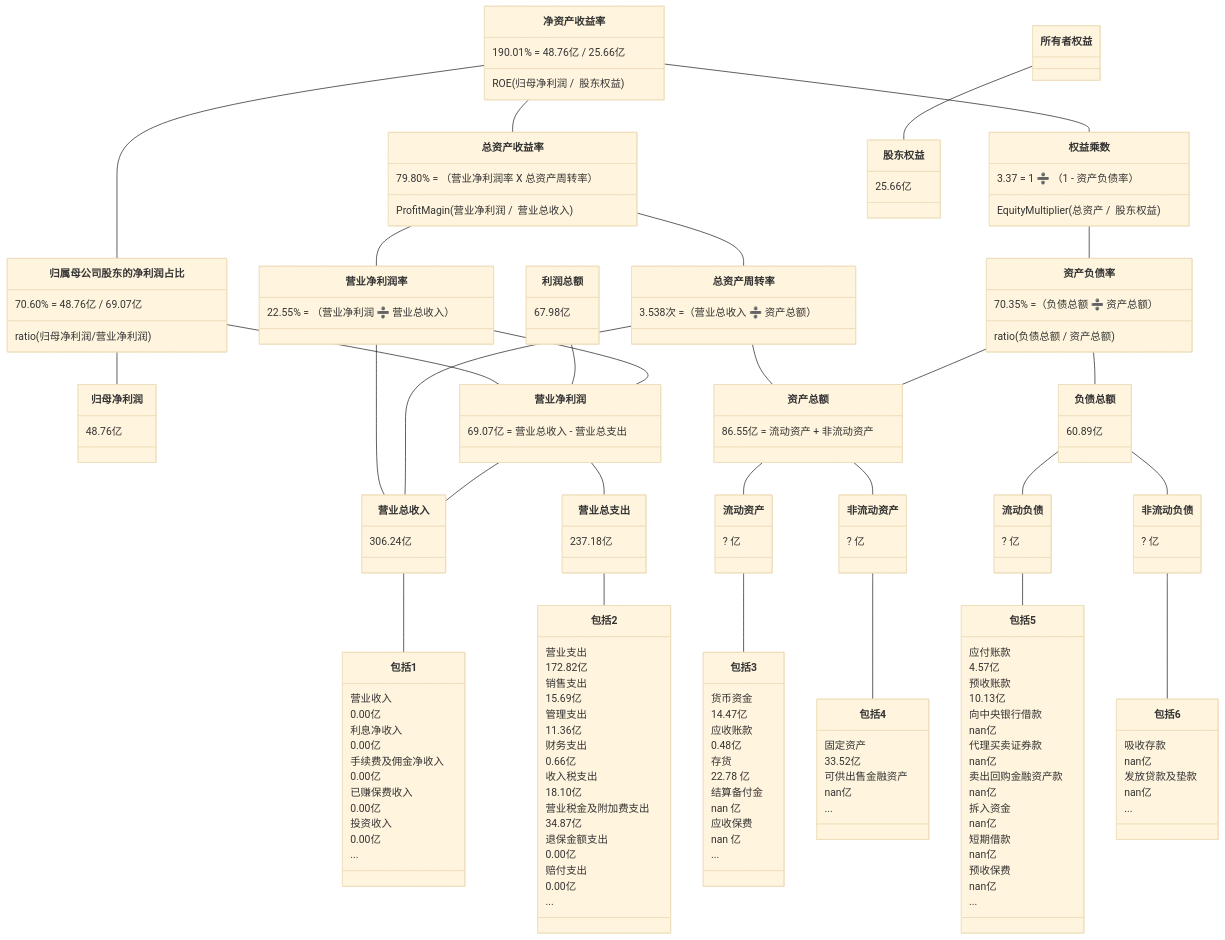
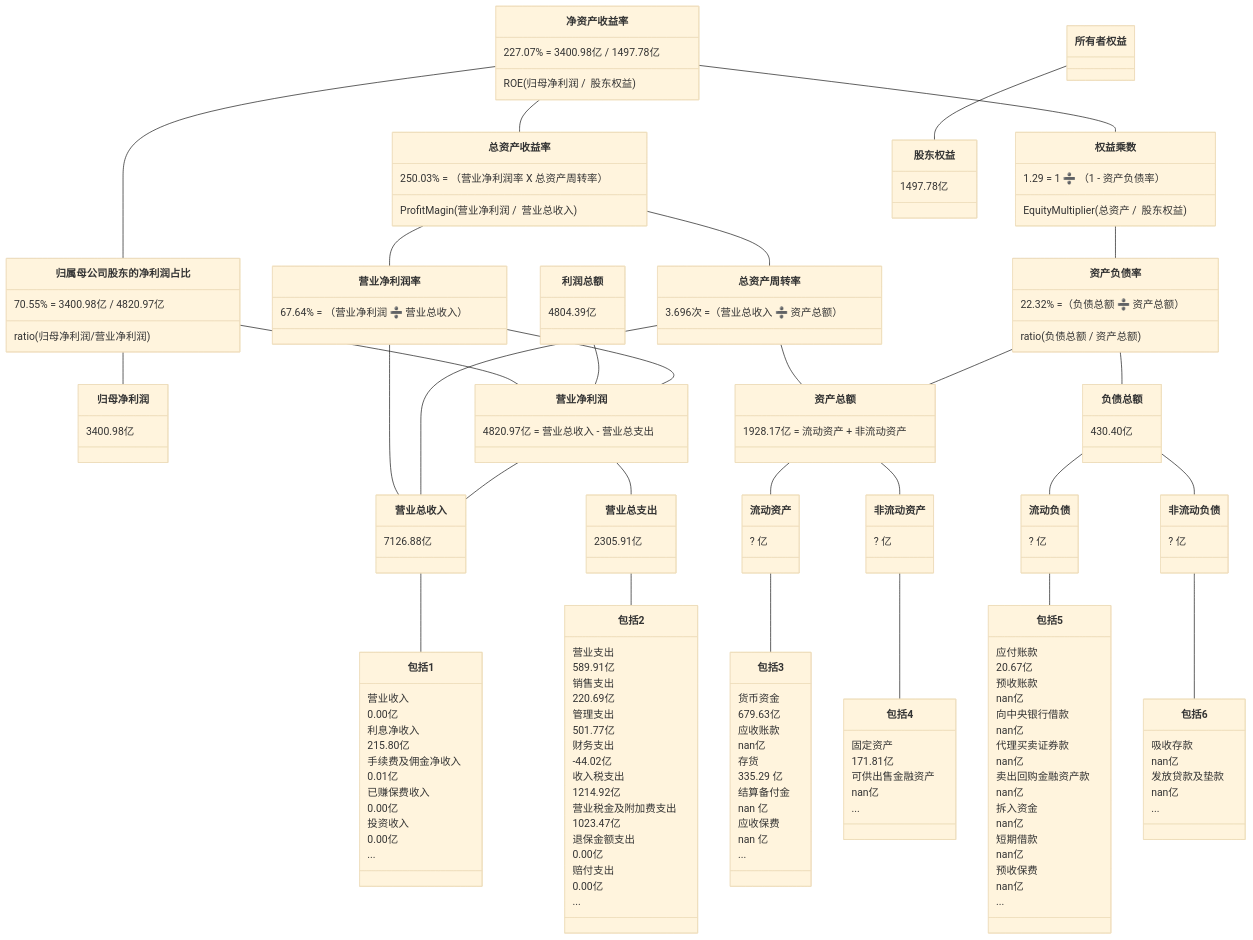
One commit to TheVeryDarkness/cs410 changed the third of 10 diagrams in 2/2.md. Above: the diagram before and after it, drawn with Mermaid (base theme). The commit also changed other lines of this file and 18 other files, not shown here.

````diff
--- a/2/2.md
+++ b/2/2.md
@@ -325,45 +337,45 @@
 ```mermaid
 classDiagram
 净资产收益率 -- 总资产收益率
-    净资产收益率 : 190.01% = 48.76亿 / 25.66亿
+    净资产收益率 : 227.07% = 3400.98亿 / 1497.78亿
     净资产收益率 : ROE(归母净利润 /  股东权益)
-    总资产收益率 : 79.80% = （营业净利润率 X 总资产周转率）
+    总资产收益率 : 250.03% = （营业净利润率 X 总资产周转率）
     总资产收益率 : ProfitMagin(营业净利润 /  营业总收入)
 净资产收益率 -- 归属母公司股东的净利润占比
-	  归属母公司股东的净利润占比 : 70.60% = 48.76亿 / 69.07亿
+	  归属母公司股东的净利润占比 : 70.55% = 3400.98亿 / 4820.97亿
 	  归属母公司股东的净利润占比 : ratio(归母净利润/营业净利润)
 归属母公司股东的净利润占比 -- 归母净利润
-    归母净利润 : 48.76亿
+    归母净利润 : 3400.98亿
 归属母公司股东的净利润占比 -- 营业净利润
-利润总额 : 67.98亿
+利润总额 : 4804.39亿
 利润总额 -- 营业净利润
 净资产收益率 -- 权益乘数
-    权益乘数 : 3.37 = 1 ➗ （1 - 资产负债率）
+    权益乘数 : 1.29 = 1 ➗ （1 - 资产负债率）
     权益乘数 : EquityMultiplier(总资产 /  股东权益)
 
 总资产收益率 -- 营业净利润率
-    营业净利润率 : 22.55% = （营业净利润 ➗ 营业总收入）
+    营业净利润率 : 67.64% = （营业净利润 ➗ 营业总收入）
 总资产收益率 -- 总资产周转率
-    总资产周转率 : 3.538次 =（营业总收入 ➗ 资产总额）
+    总资产周转率 : 3.696次 =（营业总收入 ➗ 资产总额）
 权益乘数 -- 资产负债率
-    资产负债率  : 70.35% =（负债总额 ➗ 资产总额）
+    资产负债率  : 22.32% =（负债总额 ➗ 资产总额）
     资产负债率  : ratio(负债总额 / 资产总额)
 
 营业净利润率 -- 营业净利润
-    营业净利润 : 69.07亿 = 营业总收入 - 营业总支出
+    营业净利润 : 4820.97亿 = 营业总收入 - 营业总支出
 营业净利润率 -- 营业总收入
 总资产周转率 -- 营业总收入
 总资产周转率 -- 资产总额
-    资产总额 : 86.55亿 = 流动资产 + 非流动资产
+    资产总额 : 1928.17亿 = 流动资产 + 非流动资产
 资产负债率 -- 负债总额
-    负债总额 : 60.89亿
+    负债总额 : 430.40亿
 资产负债率 -- 资产总额
 
 
 营业净利润 -- 营业总收入
-    营业总收入 : 306.24亿
+    营业总收入 : 7126.88亿
 营业净利润 -- 营业总支出
-    营业总支出 : 237.18亿
+    营业总支出 : 2305.91亿
 资产总额 -- 流动资产
 	  流动资产 : ? 亿
 资产总额 -- 非流动资产
@@ -377,9 +389,9 @@
     包括1 : 营业收入
     包括1 : 0.00亿
     包括1 : 利息净收入
-    包括1 : 0.00亿
+    包括1 : 215.80亿
     包括1 : 手续费及佣金净收入
-    包括1 : 0.00亿
+    包括1 : 0.01亿
     包括1 : 已赚保费收入
     包括1 : 0.00亿
     包括1 : 投资收入
@@ -387,17 +399,17 @@
     包括1 : ...
 营业总支出 -- 包括2
     包括2 : 营业支出
-    包括2 : 172.82亿
+    包括2 : 589.91亿
     包括2 : 销售支出
-    包括2 : 15.69亿
+    包括2 : 220.69亿
     包括2 : 管理支出
-    包括2 : 11.36亿
+    包括2 : 501.77亿
     包括2 : 财务支出
-    包括2 : 0.66亿
+    包括2 : -44.02亿
     包括2 : 收入税支出
-    包括2 : 18.10亿
+    包括2 : 1214.92亿
     包括2 : 营业税金及附加费支出
-    包括2 : 34.87亿
+    包括2 : 1023.47亿
     包括2 : 退保金额支出
     包括2 : 0.00亿
     包括2 : 赔付支出
@@ -405,11 +417,11 @@
     包括2 : ...
 流动资产 -- 包括3
     包括3 : 货币资金
-    包括3 : 14.47亿
+    包括3 : 679.63亿
     包括3 : 应收账款
-    包括3 : 0.48亿
+    包括3 : nan亿
     包括3 : 存货
-    包括3 : 22.78 亿
+    包括3 : 335.29 亿
     包括3 : 结算备付金
     包括3 : nan 亿
     包括3 : 应收保费
@@ -417,15 +429,15 @@
     包括3 : ...
 非流动资产 -- 包括4
     包括4 : 固定资产
-    包括4 : 33.52亿
+    包括4 : 171.81亿
     包括4 : 可供出售金融资产
     包括4 : nan亿
     包括4 : ...
 流动负债 -- 包括5
     包括5 : 应付账款
-    包括5 : 4.57亿
+    包括5 : 20.67亿
     包括5 : 预收账款
-    包括5 : 10.13亿
+    包括5 : nan亿
     包括5 : 向中央银行借款
     包括5 : nan亿
     包括5 : 代理买卖证券款
@@ -446,5 +458,5 @@
     包括6 : nan亿
     包括6 : ...
 所有者权益 -- 股东权益
-    股东权益 : 25.66亿
+    股东权益 : 1497.78亿
 ```
````
